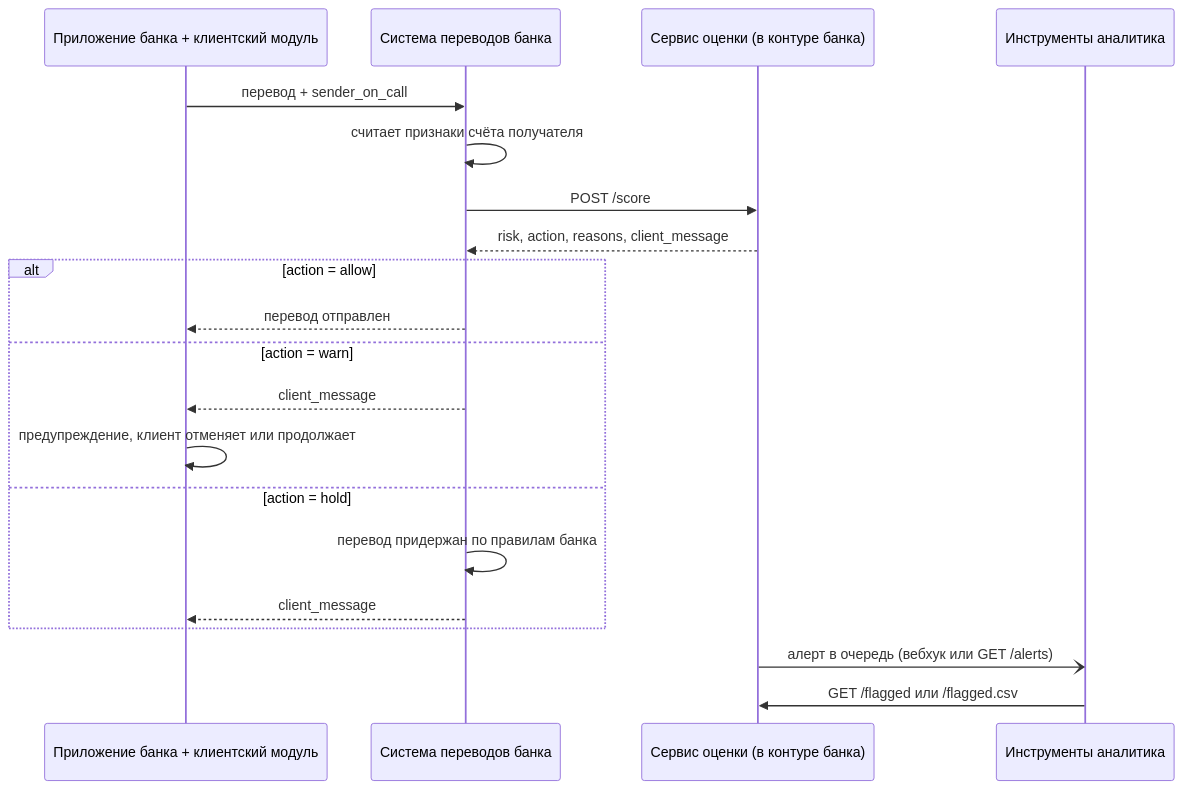
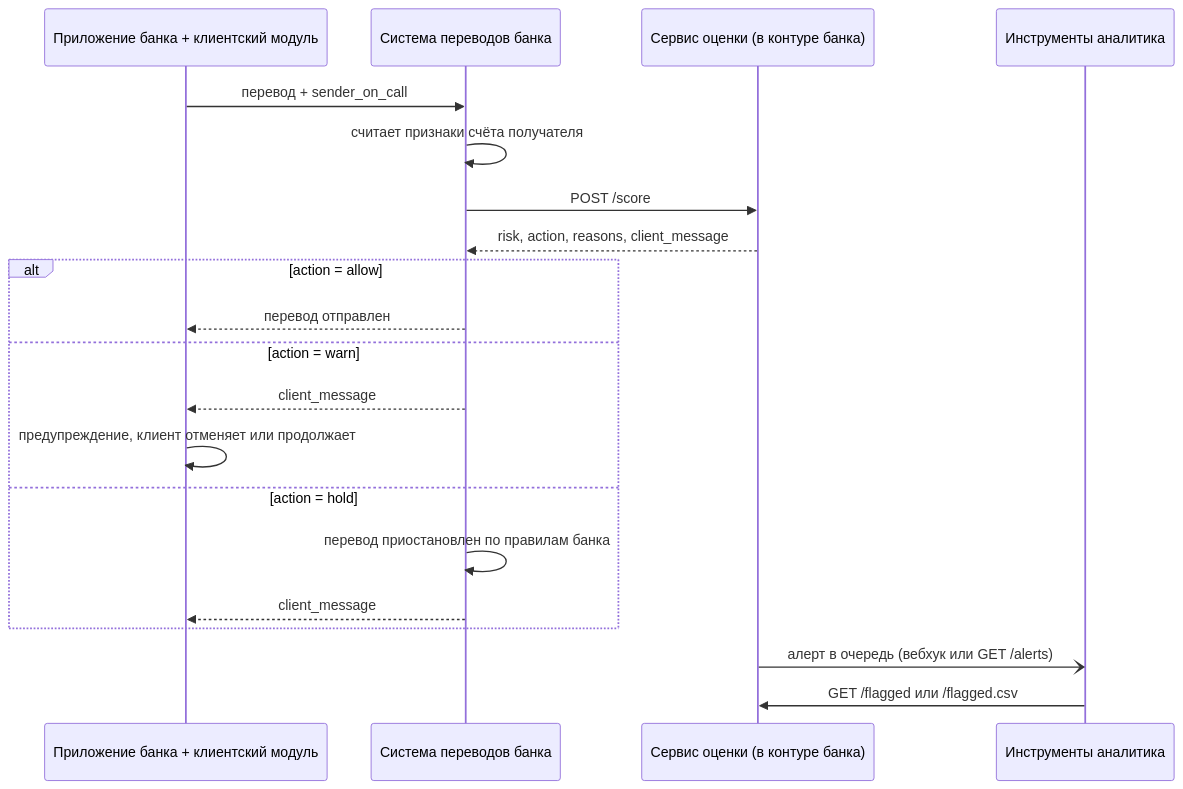
Before and after one commit to olegv768/bcc-hack: the diagram in docs/INTEGRATION.md, drawn with Mermaid. The commit also changed other lines of this file and 30 other files, not shown here.

````diff
--- a/docs/INTEGRATION.md
+++ b/docs/INTEGRATION.md
@@ -9,23 +9,23 @@
 ```mermaid
 sequenceDiagram
     participant App as Приложение банка + клиентский модуль
     participant Core as Система переводов банка
     participant Score as Сервис оценки (в контуре банка)
     participant Analyst as Инструменты аналитика
 
     App->>Core: перевод + sender_on_call
     Core->>Core: считает признаки счёта получателя
     Core->>Score: POST /score
     Score-->>Core: risk, action, reasons, client_message
     alt action = allow
         Core-->>App: перевод отправлен
     else action = warn
         Core-->>App: client_message
         App->>App: предупреждение, клиент отменяет или продолжает
     else action = hold
-        Core->>Core: перевод придержан по правилам банка
+        Core->>Core: перевод приостановлен по правилам банка
         Core-->>App: client_message
     end
     Score-)Analyst: алерт в очередь (вебхук или GET /alerts)
     Analyst->>Score: GET /flagged или /flagged.csv
 ```
````
